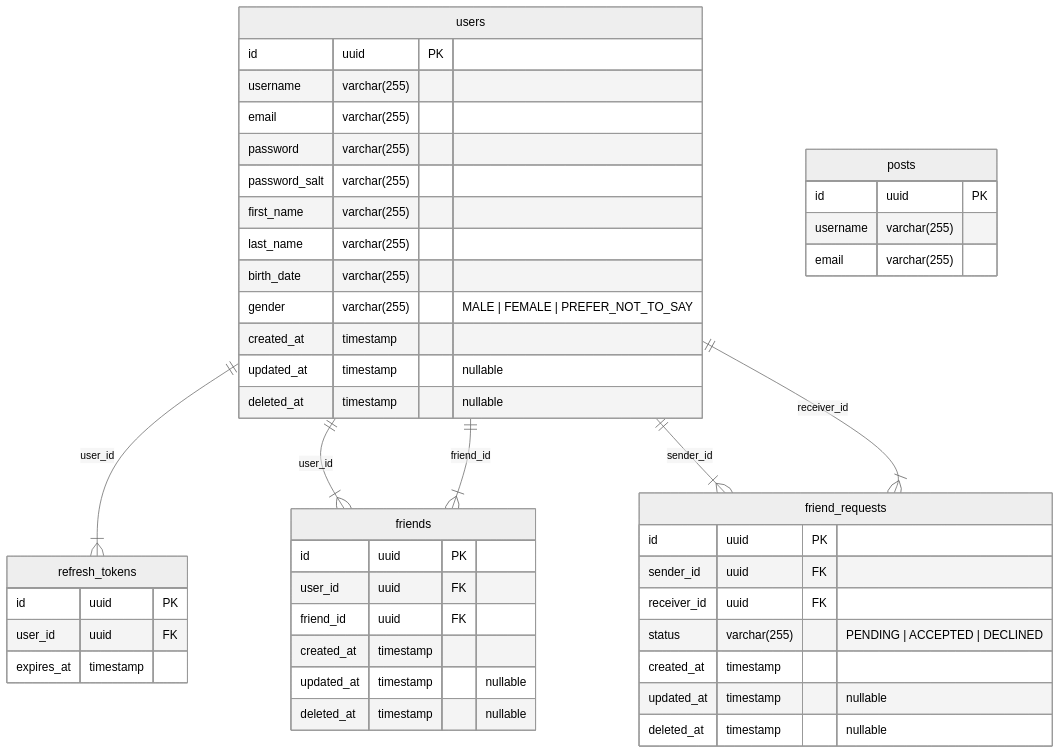
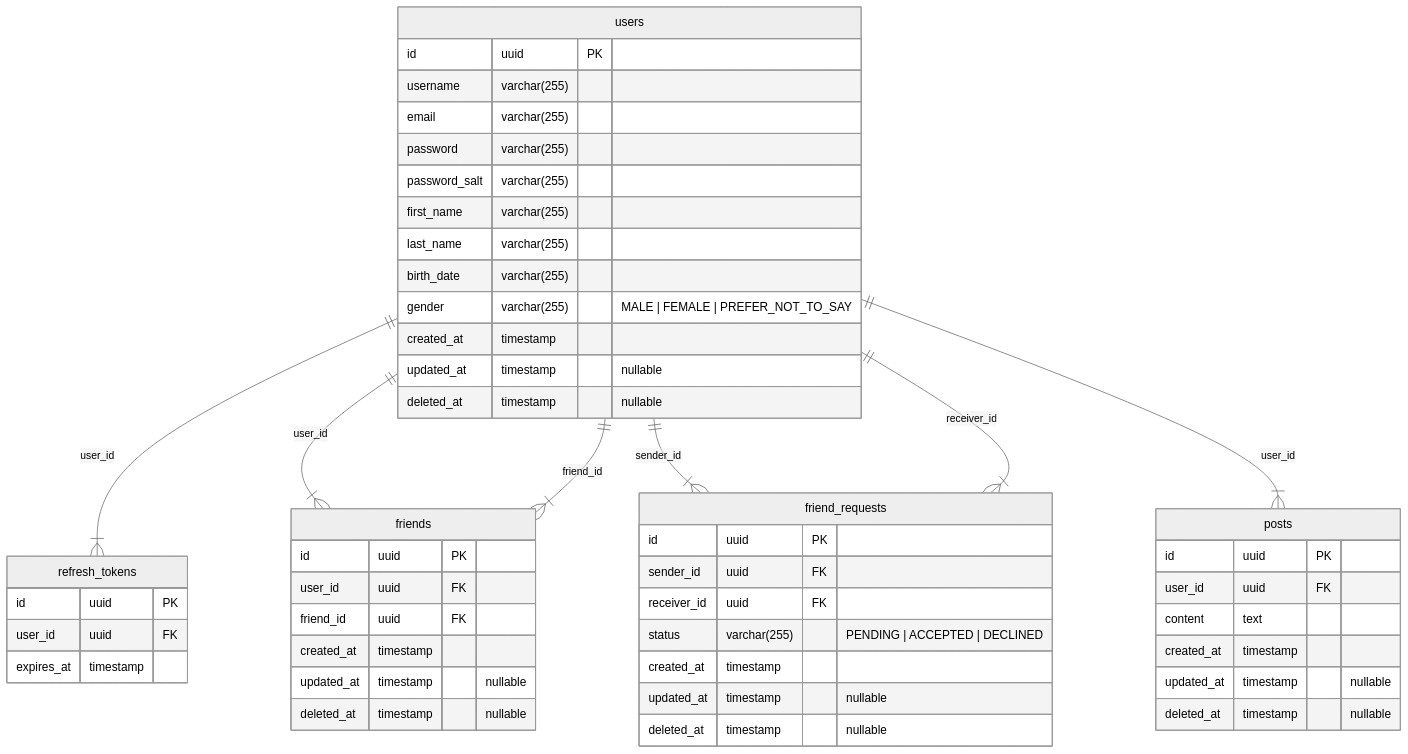
Before and after one commit to fredrikj31/thoughts: the diagram in docs/database-structure.md, drawn with Mermaid (neutral theme).

Commit message:
docs(database-structure): adds posts table structure and relation

````diff
--- a/docs/database-structure.md
+++ b/docs/database-structure.md
@@ -5,54 +5,58 @@
 ```mermaid
 erDiagram
   users {
     id uuid PK
     username varchar(255)
     email varchar(255)
     password varchar(255)
     password_salt varchar(255)
     first_name varchar(255)
     last_name varchar(255)
     birth_date varchar(255)
     gender varchar(255) "MALE | FEMALE | PREFER_NOT_TO_SAY"
     created_at timestamp
     updated_at timestamp "nullable"
     deleted_at timestamp "nullable"
   }
 
   refresh_tokens {
     id uuid PK
     user_id uuid FK
     expires_at timestamp
   }
 
   friends {
     id uuid PK
     user_id uuid FK
     friend_id uuid FK
     created_at timestamp
     updated_at timestamp "nullable"
     deleted_at timestamp "nullable"
   }
 
   friend_requests {
     id uuid PK
     sender_id uuid FK
     receiver_id uuid FK
     status varchar(255) "PENDING | ACCEPTED | DECLINED"
     created_at timestamp
     updated_at timestamp "nullable"
     deleted_at timestamp "nullable"
   }
 
   posts {
     id uuid PK
-    username varchar(255)
-    email varchar(255)
+    user_id uuid FK
+    content text
+    created_at timestamp
+    updated_at timestamp "nullable"
+    deleted_at timestamp "nullable"
   }
 
   users ||--|{ refresh_tokens : user_id
   users ||--|{ friends : user_id
   users ||--|{ friends : friend_id
   users ||--|{ friend_requests : sender_id
   users ||--|{ friend_requests : receiver_id
+  users ||--|{ posts : user_id
 ```
````
